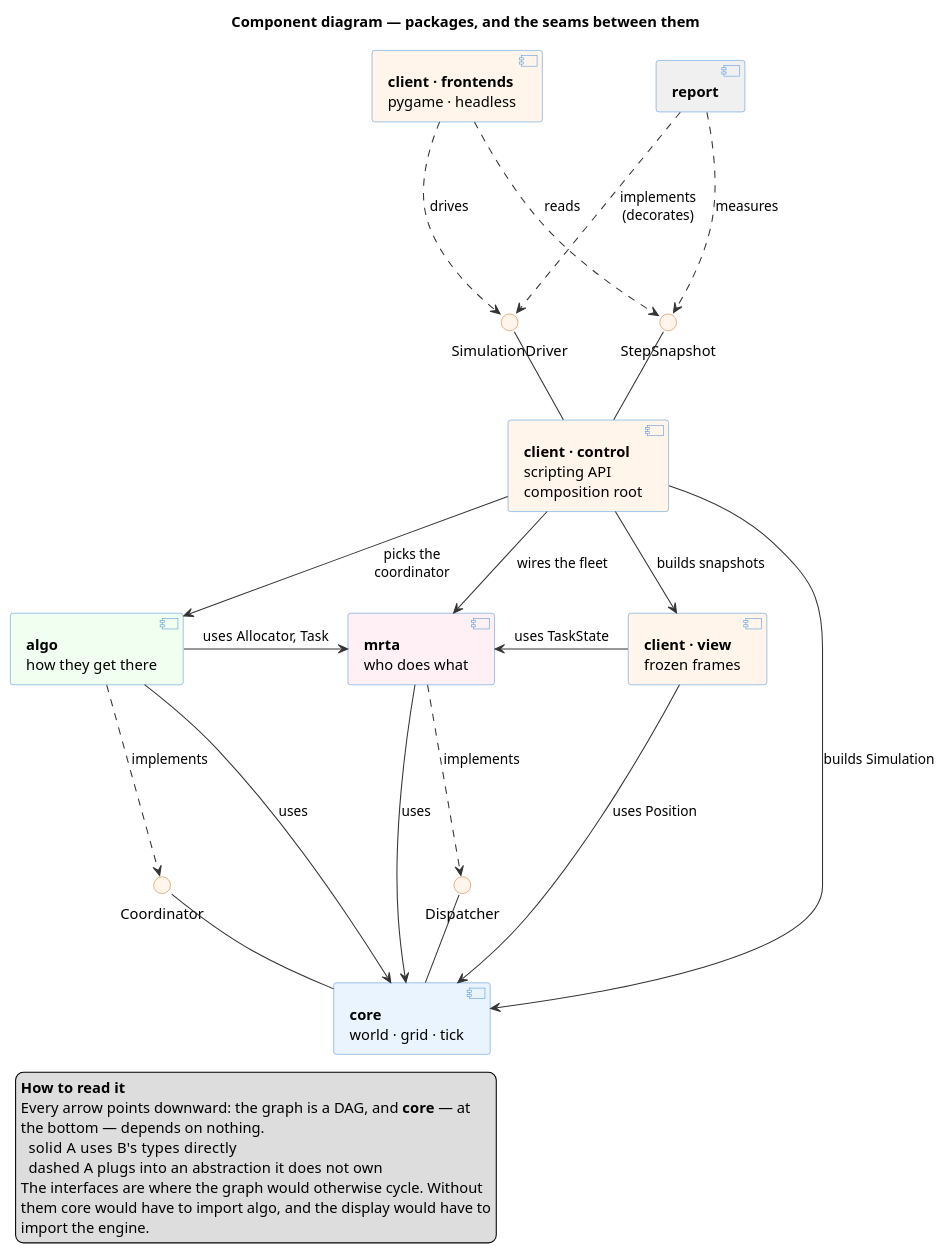
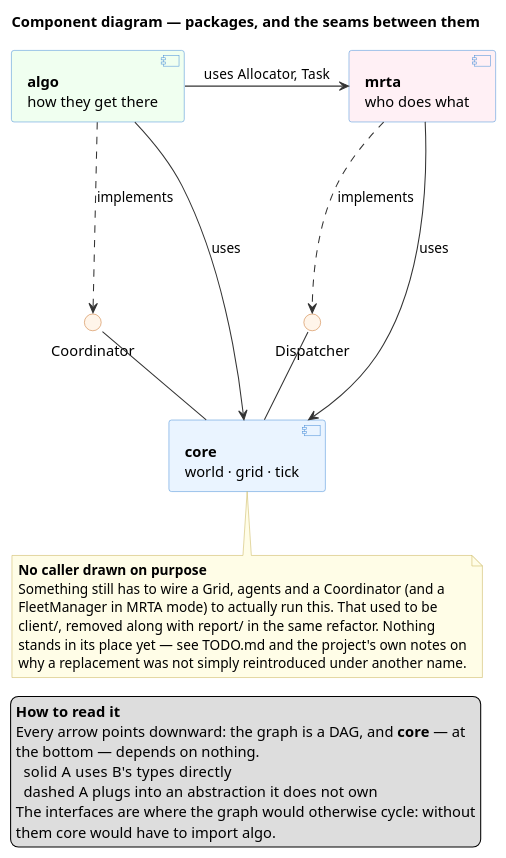
One commit to RasdaCorentin/MAPF_Simulation changed the diagram in diagrammes/component_diagram.puml. Above: the diagram before and after it, drawn with PlantUML. The commit also changed 6 other files, not shown here.

First line of the commit message:
docs(diagrams)!: drop client and report from the architecture diagrams

```diff
--- a/diagrammes/component_diagram.puml
+++ b/diagrammes/component_diagram.puml
@@ -1,131 +1,89 @@
 @startuml component_diagram
 
 ' =====================================================================
 '  COMPONENT VIEW — the 30-second read of the architecture.
 '
 '  Derived from _model.iuml, which stays the reference: this diagram
 '  adds nothing, it only drops everything that is not a package
 '  boundary or a seam between two packages.
 '
 '  What it is FOR: showing that the dependency graph is a DAG, and that
-'  the four abstractions (Coordinator, Dispatcher, SimulationDriver,
-'  StepSnapshot) are what keep it one. Every arrow points DOWN, towards
-'  something more abstract or more foundational — that is the whole
-'  design in one picture.
+'  the two engine seams (Coordinator, Dispatcher) are what keep it one.
+'  Every arrow points DOWN, towards something more abstract or more
+'  foundational — that is the whole design in one picture.
 '
-'  What it deliberately does NOT show: classes, methods, multiplicities,
-'  nor report/ — those live in the class diagram and in the report
-'  diagram; repeating them here would make this a second, competing
-'  rendering of the same thing.
+'  What it deliberately does NOT show: classes, methods, multiplicities.
+'  There is currently nothing above algo/mrta: the scripting layer
+'  (client/) and the measurement layer built on it (report/) were
+'  removed together, and nothing has replaced them yet — see TODO.md.
 '
 '  LAYOUT: every edge carries an explicit direction and the components
 '  are declared top-down in reading order. Without that, dot lays the
 '  graph out by edge cost alone and the picture ends up contradicting
 '  the legend that tells you to read it downward.
 ' =====================================================================
 
 title Component diagram — packages, and the seams between them
 
 skinparam componentStyle uml2
 skinparam ArrowColor #333333
 skinparam ComponentBorderColor #4A90D9
 skinparam InterfaceBorderColor #C9722A
 skinparam InterfaceBackgroundColor #FFF5EA
 skinparam NoteBackgroundColor #FFFDE7
 skinparam NoteBorderColor #C9B458
 
-' ── Layer 1 — presentation, and the one observer ──────────────────
-component "**client · frontends**\npygame · headless" as frontends #FFF5EA
-
-' report/ is drawn small and grey on purpose: its internals belong to
-' report_diagram.puml, not here. It appears at all because it is the
-' SECOND implementer of SimulationDriver — and an interface with a
-' single visible client always reads as gratuitous indirection.
-component "**report**" as report #F0F0F0
-
-' ── Layer 2 — the outward-facing seam ─────────────────────────────
-interface "SimulationDriver" as IDriver
-interface "StepSnapshot" as ISnap
-
-' ── Layer 3 — the composition root ────────────────────────────────
-component "**client · control**\nscripting API\ncomposition root" as control #FFF5EA
-
-' ── Layer 4 — the interchangeable parts ───────────────────────────
+' ── Layer 1 — the interchangeable parts ───────────────────────────
 component "**algo**\nhow they get there" as algo #F0FFF0
 component "**mrta**\nwho does what" as mrta #FFF0F5
-component "**client · view**\nfrozen frames" as view #FFF5EA
 
-' ── Layer 5 — the engine seams, declared by core ──────────────────
+' ── Layer 2 — the engine seams, declared by core ──────────────────
 interface "Coordinator" as ICoord
 interface "Dispatcher" as IDisp
 
-' ── Layer 6 — the foundation ──────────────────────────────────────
+' ── Layer 3 — the foundation ──────────────────────────────────────
 component "**core**\nworld · grid · tick" as core #EAF4FF
 
 ' =====================================================================
 '  Relations. Solid = uses the types directly. Dashed = plugs into an
 '  abstraction it does not own.
 ' =====================================================================
 
-' Presentation drives the engine through the interface only.
-frontends ..down.> IDriver : drives
-frontends ..down.> ISnap   : reads
-
-' The same interface, implemented rather than consumed: RunCollector
-' wraps a driver and passes for one. This is what pays for the
-' abstraction — a decorator must present the face of what it wraps.
-' It reads the same frames a display does: measuring the run needs no
-' more access than drawing it, which is why no arrow from report reaches
-' past these two interfaces.
-report ..down.> IDriver : "implements\n(decorates)"
-report ..down.> ISnap   : measures
-
-' control declares that seam and implements it.
-IDriver -down- control
-ISnap   -down- control
-
-' The composition root is the only component naming a concrete class.
-control -down-> algo : "picks the\ncoordinator"
-control -down-> mrta : wires the fleet
-control -down-> view : builds snapshots
-
 ' The two implementations plug into the seams core declares.
 algo ..down.> ICoord : implements
 mrta ..down.> IDisp  : implements
 
 ' Plain dependencies, no inversion: these simply use the types below.
 ' Labels are VERBS, never type names. An arrow here says who depends on
-' whom; a bare "TaskState" sitting on the line reads as cargo instead,
-' and the reader infers the supplier is at the tail — the exact
-' opposite of what the arrow means.
+' whom; a bare "Task" sitting on the line reads as cargo instead, and
+' the reader infers the supplier is at the tail — the exact opposite of
+' what the arrow means.
 algo -right-> mrta : "uses Allocator, Task"
-view -left-> mrta  : uses TaskState
 algo -down-> core  : uses
 mrta -down-> core  : uses
-view -down-> core  : uses Position
 
 ' core owns the two engine seams: it declares them and calls them,
 ' without ever knowing who implements them.
 ICoord -down- core
 IDisp  -down- core
 
-' The long edge on the side is real: build() assembles the Simulation
-' itself. It is drawn because "the composition root touches core" is
-' exactly the point of a composition root.
-control -down-> core : builds Simulation
-
-' No notes: this diagram is the 30-second read, and the rationale it
-' would carry is already in the class diagram and in AGENT.md.
+note bottom of core
+  **No caller drawn on purpose**
+  Something still has to wire a Grid, agents and a Coordinator (and a
+  FleetManager in MRTA mode) to actually run this. That used to be
+  client/, removed along with report/ in the same refactor. Nothing
+  stands in its place yet — see TODO.md and the project's own notes on
+  why a replacement was not simply reintroduced under another name.
+end note
 
 legend bottom left
   **How to read it**
   Every arrow points downward: the graph is a DAG, and **core** — at
   the bottom — depends on nothing.
     solid   A uses B's types directly
     dashed  A plugs into an abstraction it does not own
-  The interfaces are where the graph would otherwise cycle. Without
-  them core would have to import algo, and the display would have to
-  import the engine.
+  The interfaces are where the graph would otherwise cycle: without
+  them core would have to import algo.
 end legend
 
 @enduml
```
